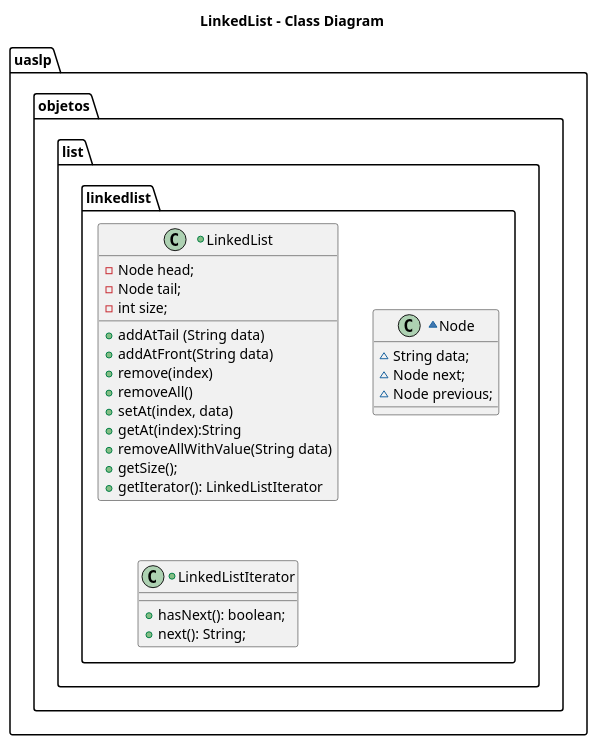
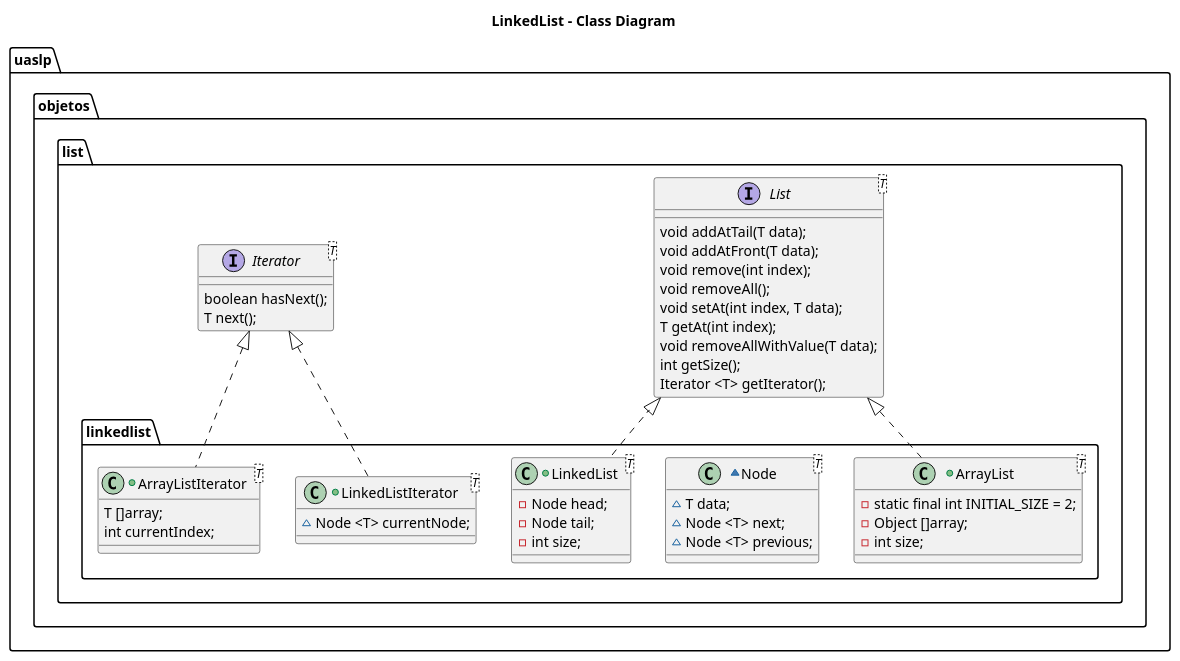
The diagram in src/README.md (juanQNav/list_P1T5), drawn with PlantUML before and after one commit. The commit also changed 8 other files, not shown here.

```diff
--- a/src/README.md
+++ b/src/README.md
@@ -1,36 +1,47 @@
 @startuml
 
 title LinkedList - Class Diagram
+interface uaslp.objetos.list.List <T> {
+void addAtTail(T data);
+void addAtFront(T data);
+void remove(int index);
+void removeAll();
+void setAt(int index, T data);
+T getAt(int index);
+void removeAllWithValue(T data);
+int getSize();
+Iterator <T> getIterator();
+}
 
+interface uaslp.objetos.list.Iterator<T> {
+boolean hasNext();
+T next();
+}
 
-+class uaslp.objetos.list.linkedlist.LinkedList {
++class uaslp.objetos.list.linkedlist.LinkedList <T> implements uaslp.objetos.list.List{
 -Node head;
 -Node tail;
 -int size;
-
-+addAtTail (String data)
-+addAtFront(String data)
-+remove(index)
-+removeAll()
-+setAt(index, data)
-+getAt(index):String
-+removeAllWithValue(String data)
-+getSize();
-+getIterator(): LinkedListIterator
-
-
 }
 
-~class uaslp.objetos.list.linkedlist.Node{
-~String data;
-~Node next;
-~Node previous;
+~class uaslp.objetos.list.linkedlist.Node <T>{
+~T data;
+~Node <T> next;
+~Node <T> previous;
 }
 
-+class uaslp.objetos.list.linkedlist.LinkedListIterator{
-+hasNext(): boolean;
-+next(): String;
++class uaslp.objetos.list.linkedlist.LinkedListIterator <T> implements uaslp.objetos.list.Iterator{
+~ Node <T> currentNode;
 }
 
++class uaslp.objetos.list.linkedlist.ArrayList <T> implements uaslp.objetos.list.List{
+- static final int INITIAL_SIZE = 2;
+- Object []array;
+- int size;
+  }
+  +class uaslp.objetos.list.linkedlist.ArrayListIterator <T> implements uaslp.objetos.list.Iterator{
+  T []array;
+  int currentIndex;
+  }
 
 @enduml
```
